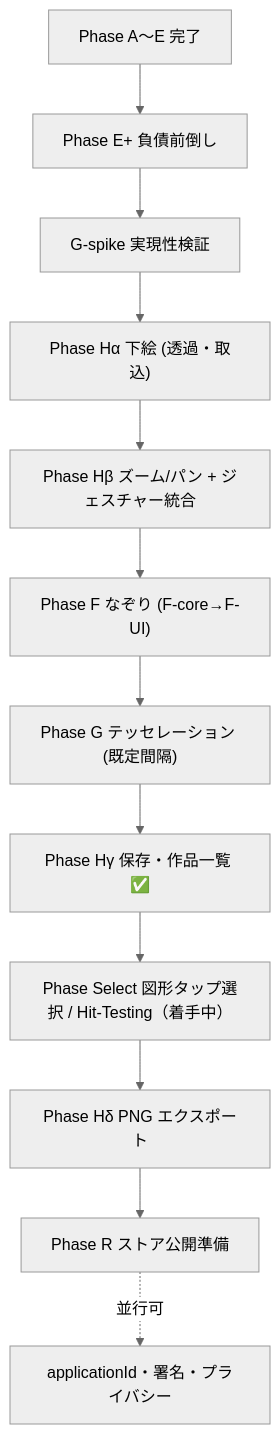
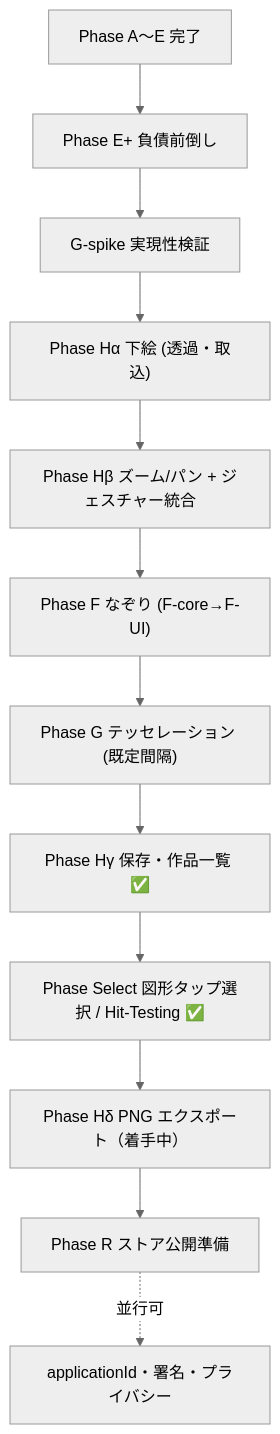
The second of 2 diagrams in .cursor/plans/ポリゴンアプリ再設計_e54196e6.plan.md (tukimibook/lowpoly_maker), drawn with Mermaid (neutral theme) before and after one commit. The commit also changed other lines of this file and 4 other files, not shown here.

First line of the commit message:
docs(planning): transition active phase to H_delta and archive Select

````diff
--- a/.cursor/plans/ポリゴンアプリ再設計_e54196e6.plan.md
+++ b/.cursor/plans/ポリゴンアプリ再設計_e54196e6.plan.md
@@ -115,14 +115,14 @@
 ```mermaid
 flowchart TD
   Done["Phase A〜E 完了"] --> Eplus["Phase E+ 負債前倒し"]
   Eplus --> Gspike["G-spike 実現性検証"]
   Gspike --> Ha["Phase Hα 下絵 (透過・取込)"]
   Ha --> Hb["Phase Hβ ズーム/パン + ジェスチャー統合"]
   Hb --> F["Phase F なぞり (F-core→F-UI)"]
   F --> G["Phase G テッセレーション (既定間隔)"]
   G --> Hg["Phase Hγ 保存・作品一覧 ✅"]
-  Hg --> Select["Phase Select 図形タップ選択 / Hit-Testing（着手中）"]
-  Select --> Hd["Phase Hδ PNG エクスポート"]
+  Hg --> Select["Phase Select 図形タップ選択 / Hit-Testing ✅"]
+  Select --> Hd["Phase Hδ PNG エクスポート（着手中）"]
   Hd --> R["Phase R ストア公開準備"]
   R -.->|並行可| Rearly["applicationId・署名・プライバシー"]
 ```
````
